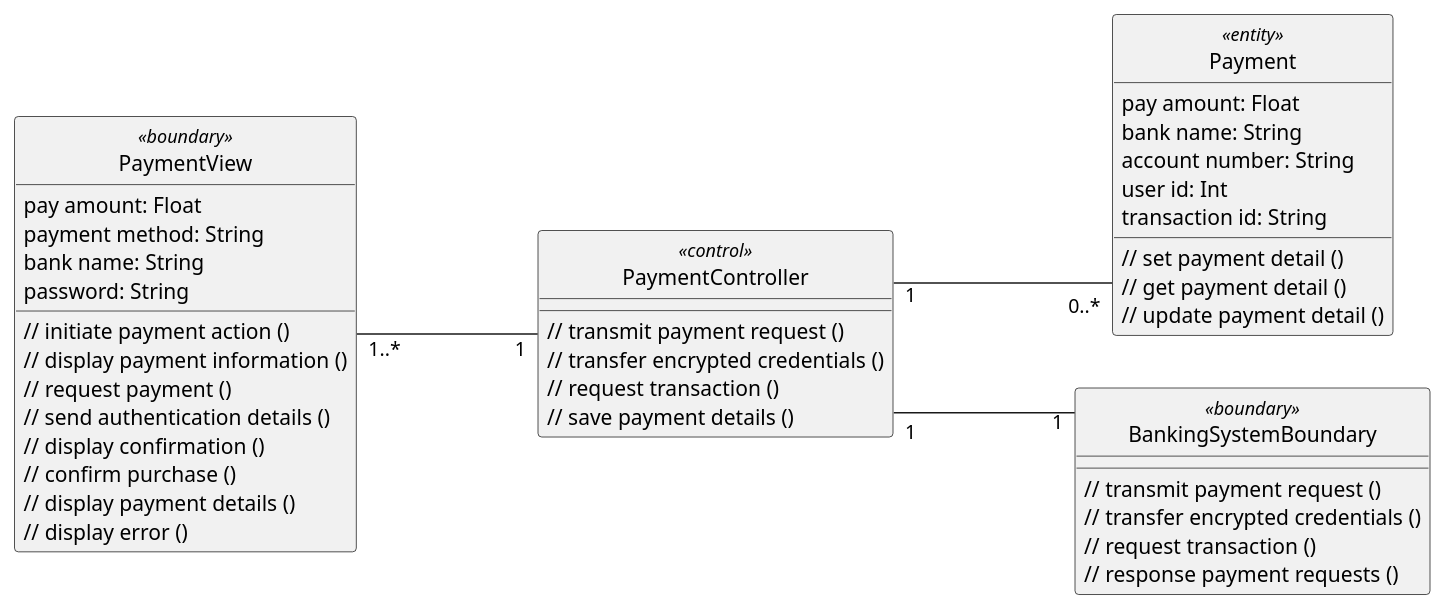
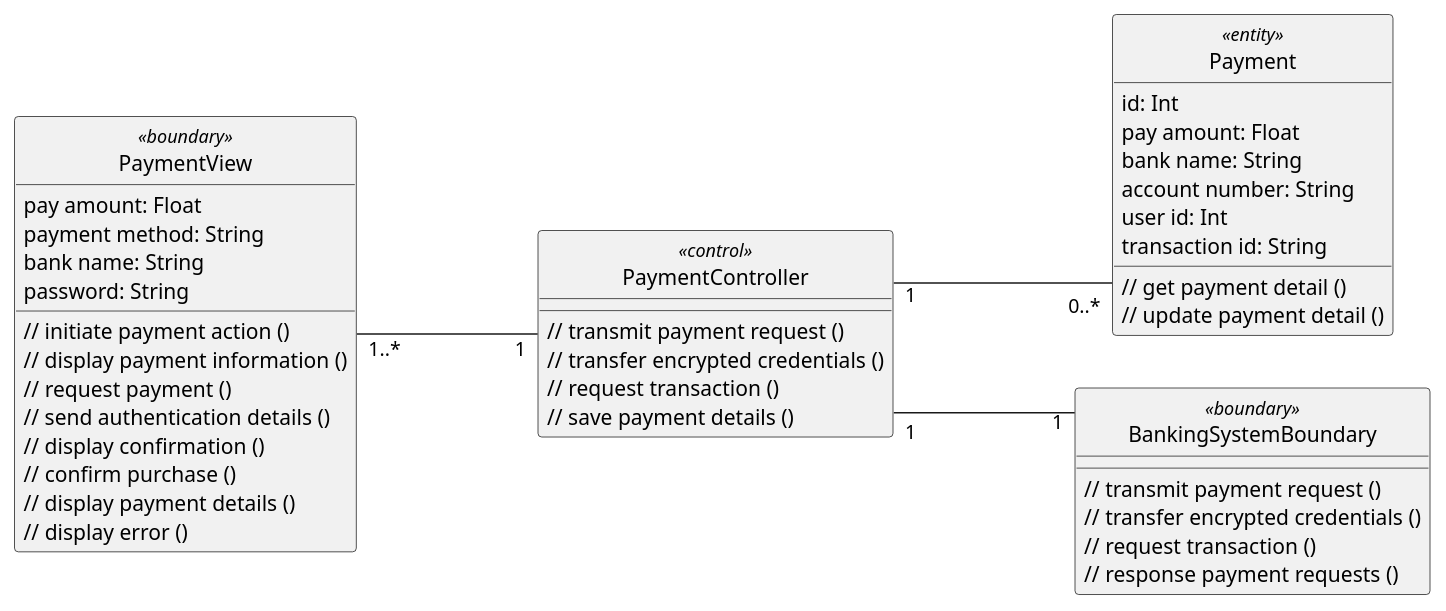
One commit to anhbanlinhle/velocity-exchange changed the diagram in uml/analysis/class/make_payment.puml. Above: the diagram before and after it, drawn with PlantUML. The commit also changed 5 other files, not shown here.

```diff
--- a/uml/analysis/class/make_payment.puml
+++ b/uml/analysis/class/make_payment.puml
@@ -1,58 +1,57 @@
 @startuml 
 skinparam classAttributeIconSize 0
 skinparam linetype ortho
 left to right direction
 hide circle
 class PaymentView <<boundary>> {
     pay amount: Float
     payment method: String
     bank name: String
     password: String
 
     // initiate payment action ()
     // display payment information ()
     // request payment ()
     // send authentication details ()
     // display confirmation ()
     // confirm purchase ()
     // display payment details ()
     // display error ()
 
     }
 
 class PaymentController <<control>> {
     // transmit payment request ()
     // transfer encrypted credentials ()
     // request transaction ()
     // save payment details ()
 
     }
 
 class Payment <<entity>> {
+    id: Int
     pay amount: Float
     bank name: String
     account number: String
     user id: Int
     transaction id: String
-
-    // set payment detail ()
     // get payment detail ()
     // update payment detail ()
 
     }
 
 class BankingSystemBoundary <<boundary>> {
     // transmit payment request ()
     // transfer encrypted credentials ()
     // request transaction ()
     // response payment requests ()
 
     }
 
 PaymentView "1..*" --- "1" PaymentController
 
 PaymentController "1" --- "0..*" Payment
 
 PaymentController "1" --- "1" BankingSystemBoundary
 
 @enduml
```
